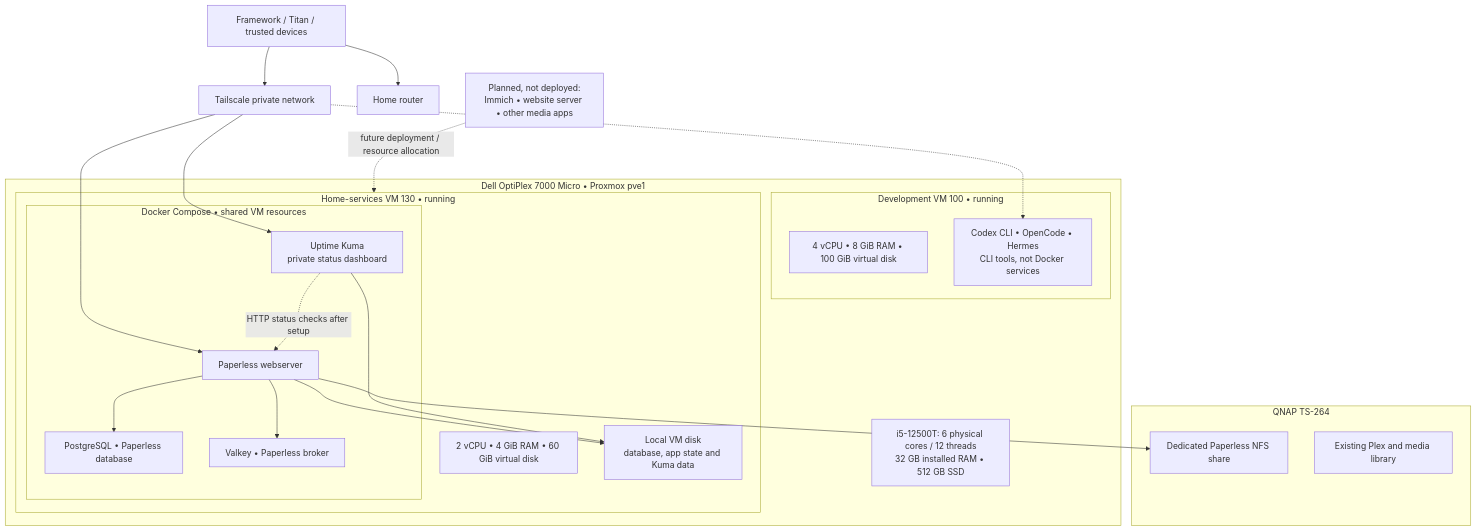
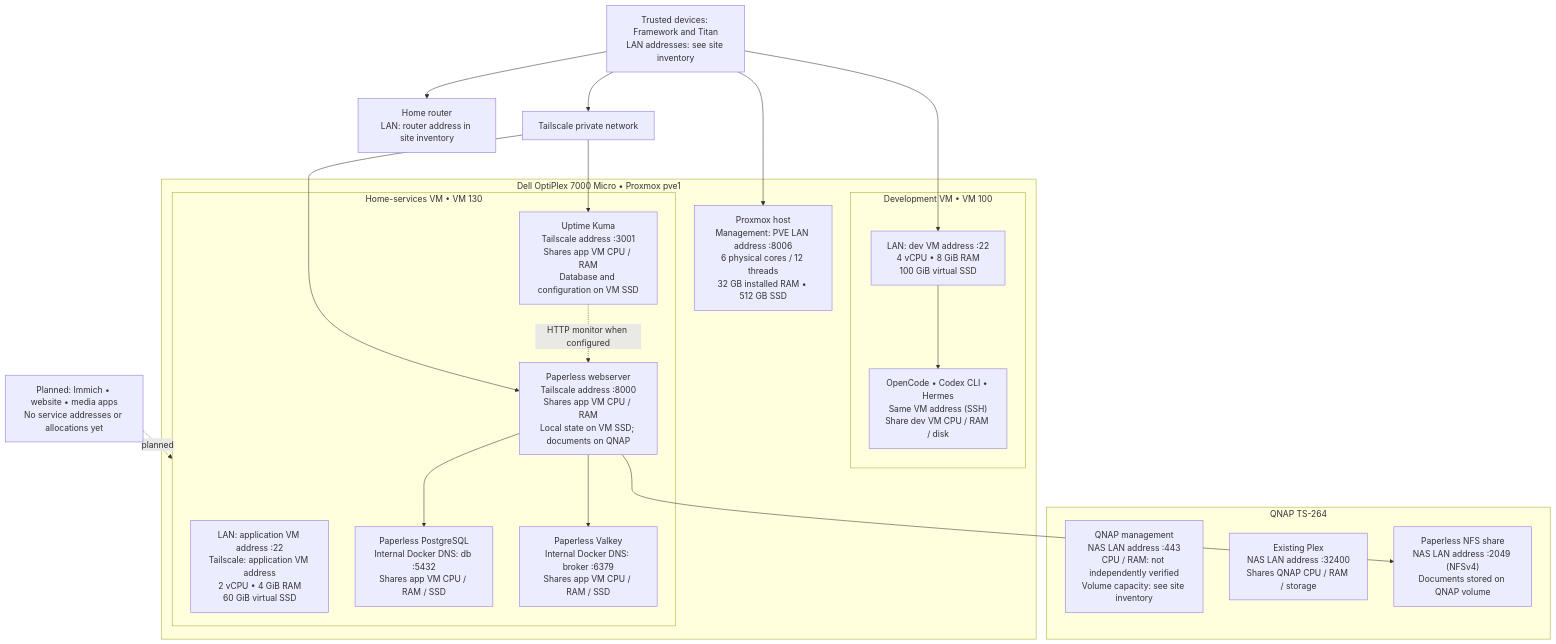
One commit to kevinofsydney/homelab changed the diagram in docs/homelab-diagram.md. Above: the diagram before and after it, drawn with Mermaid. The commit also changed other lines of this file and 1 other file, not shown here.

Commit message:
Clarify service resources and address diagram (#19)

````diff
--- a/docs/homelab-diagram.md
+++ b/docs/homelab-diagram.md
@@ -5,40 +5,38 @@
 ```mermaid
 flowchart TB
-    Operator["Framework / Titan / trusted devices"]
+    Users["Trusted devices: Framework and Titan<br/>LAN addresses: see site inventory"]
+    Router["Home router<br/>LAN: router address in site inventory"]
     Tailnet["Tailscale private network"]
-    Router["Home router"]
     subgraph Dell["Dell OptiPlex 7000 Micro • Proxmox pve1"]
-        HW["i5-12500T: 6 physical cores / 12 threads<br/>32 GB installed RAM • 512 GB SSD"]
-        subgraph Dev["Development VM 100 • running"]
-            DRes["4 vCPU • 8 GiB RAM • 100 GiB virtual disk"]
-            Tools["Codex CLI • OpenCode • Hermes<br/>CLI tools, not Docker services"]
+        PVE["Proxmox host<br/>Management: PVE LAN address :8006<br/>6 physical cores / 12 threads<br/>32 GB installed RAM • 512 GB SSD"]
+        subgraph Dev["Development VM • VM 100"]
+            DevVM["LAN: dev VM address :22<br/>4 vCPU • 8 GiB RAM<br/>100 GiB virtual SSD"]
+            DevTools["OpenCode • Codex CLI • Hermes<br/>Same VM address (SSH)<br/>Share dev VM CPU / RAM / disk"]
         end
-        subgraph App["Home-services VM 130 • running"]
-            ARes["2 vCPU • 4 GiB RAM • 60 GiB virtual disk"]
-            subgraph Docker["Docker Compose • shared VM resources"]
-                Kuma["Uptime Kuma<br/>private status dashboard"]
-                Paper["Paperless webserver"]
-                DB["PostgreSQL • Paperless database"]
-                Valkey["Valkey • Paperless broker"]
-            end
-            SSD["Local VM disk<br/>database, app state and Kuma data"]
+        subgraph App["Home-services VM • VM 130"]
+            AppVM["LAN: application VM address :22<br/>Tailscale: application VM address<br/>2 vCPU • 4 GiB RAM<br/>60 GiB virtual SSD"]
+            Paper["Paperless webserver<br/>Tailscale address :8000<br/>Shares app VM CPU / RAM<br/>Local state on VM SSD; documents on QNAP"]
+            DB["Paperless PostgreSQL<br/>Internal Docker DNS: db :5432<br/>Shares app VM CPU / RAM / SSD"]
+            Broker["Paperless Valkey<br/>Internal Docker DNS: broker :6379<br/>Shares app VM CPU / RAM / SSD"]
+            Kuma["Uptime Kuma<br/>Tailscale address :3001<br/>Shares app VM CPU / RAM<br/>Database and configuration on VM SSD"]
         end
     end
     subgraph NAS["QNAP TS-264"]
-        PShare["Dedicated Paperless NFS share"]
-        Plex["Existing Plex and media library"]
+        QTS["QNAP management<br/>NAS LAN address :443<br/>CPU / RAM: not independently verified<br/>Volume capacity: see site inventory"]
+        Plex["Existing Plex<br/>NAS LAN address :32400<br/>Shares QNAP CPU / RAM / storage"]
+        Docs["Paperless NFS share<br/>NAS LAN address :2049 (NFSv4)<br/>Documents stored on QNAP volume"]
     end
-    Future["Planned, not deployed:<br/>Immich • website server • other media apps"]
-    Operator --> Tailnet
-    Operator --> Router
+    Future["Planned: Immich • website • media apps<br/>No service addresses or allocations yet"]
+    Users --> Router
+    Users --> Tailnet
+    Users --> PVE
+    Users --> DevVM
+    Tailnet --> Paper
     Tailnet --> Kuma
-    Tailnet --> Paper
-    Tailnet -.-> Tools
+    DevVM --> DevTools
     Paper --> DB
-    Paper --> Valkey
-    Paper --> PShare
-    Paper --> SSD
-    Kuma --> SSD
-    Kuma -. "HTTP status checks after setup" .-> Paper
-    Future -. "future deployment / resource allocation" .-> App
+    Paper --> Broker
+    Paper --> Docs
+    Kuma -. "HTTP monitor when configured" .-> Paper
+    Future -. "planned" .-> App
 ```
````
